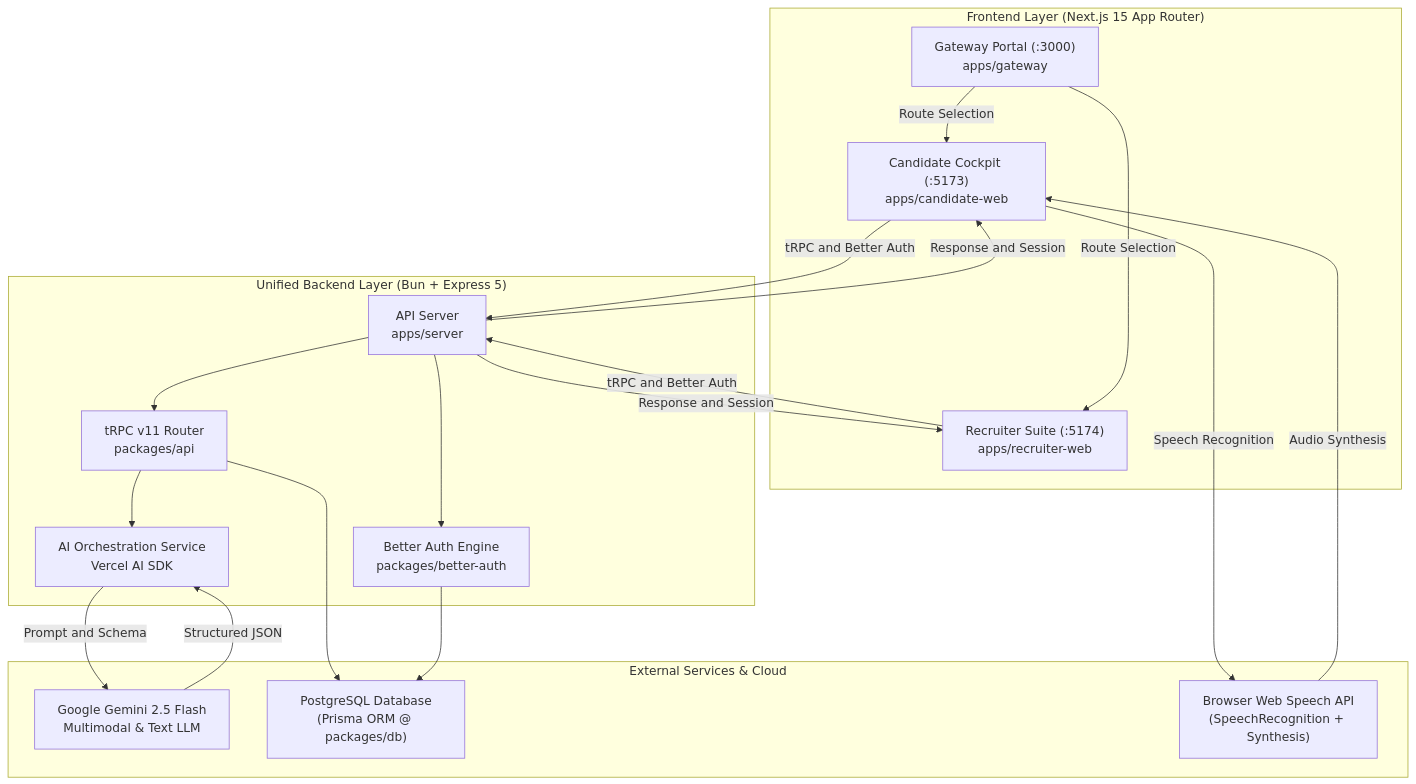
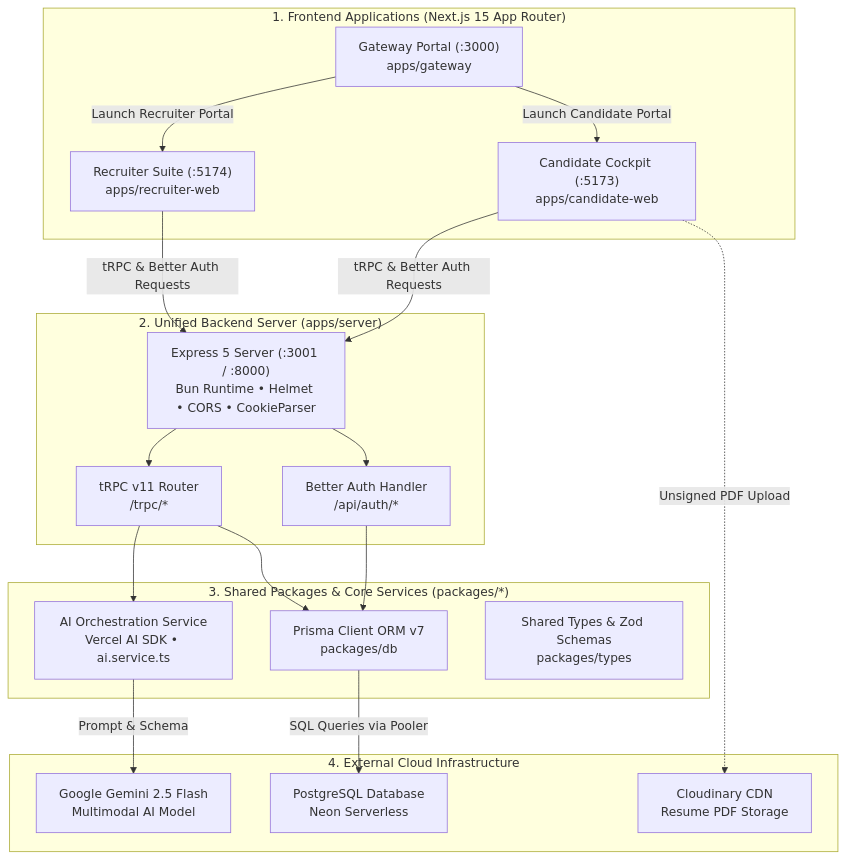
Before and after one commit to Suyog241005/interview.ai: the diagram in docs/architecture.md, drawn with Mermaid. The commit also changed 2 other files, not shown here.

Commit message:
style(docs): optimize Mermaid diagram layouts and arrow flows for clean GitHub rendering

````diff
--- a/docs/architecture.md
+++ b/docs/architecture.md
@@ -7,40 +7,44 @@
 ```mermaid
-flowchart TB
-    subgraph Clients["Frontend Layer (Next.js 15 App Router)"]
+flowchart TD
+    subgraph Tier1["1. Frontend Applications (Next.js 15 App Router)"]
         GW["Gateway Portal (:3000)<br/>apps/gateway"]
         CW["Candidate Cockpit (:5173)<br/>apps/candidate-web"]
         RW["Recruiter Suite (:5174)<br/>apps/recruiter-web"]
     end
 
-    subgraph Backend["Unified Backend Layer (Bun + Express 5)"]
-        SRV["API Server<br/>apps/server"]
-        AUTH["Better Auth Engine<br/>packages/better-auth"]
-        TRPC["tRPC v11 Router<br/>packages/api"]
-        AISVC["AI Orchestration Service<br/>Vercel AI SDK"]
+    subgraph Tier2["2. Unified Backend Server (apps/server)"]
+        SRV["Express 5 Server (:3001 / :8000)<br/>Bun Runtime • Helmet • CORS • CookieParser"]
+        AUTH["Better Auth Handler<br/>/api/auth/*"]
+        TRPC["tRPC v11 Router<br/>/trpc/*"]
     end
 
-    subgraph External["External Services & Cloud"]
-        GEMINI["Google Gemini 2.5 Flash<br/>Multimodal & Text LLM"]
-        PG["PostgreSQL Database<br/>(Prisma ORM @ packages/db)"]
-        SPEECH["Browser Web Speech API<br/>(SpeechRecognition + Synthesis)"]
+    subgraph Tier3["3. Shared Packages & Core Services (packages/*)"]
+        AISVC["AI Orchestration Service<br/>Vercel AI SDK • ai.service.ts"]
+        PRISMA["Prisma Client ORM v7<br/>packages/db"]
+        TYPES["Shared Types & Zod Schemas<br/>packages/types"]
     end
 
-    GW -->|Route Selection| CW
-    GW -->|Route Selection| RW
+    subgraph Tier4["4. External Cloud Infrastructure"]
+        GEMINI["Google Gemini 2.5 Flash<br/>Multimodal AI Model"]
+        POSTGRES["PostgreSQL Database<br/>Neon Serverless"]
+        CLOUDINARY["Cloudinary CDN<br/>Resume PDF Storage"]
+    end
 
-    CW -->|tRPC and Better Auth| SRV
-    SRV -->|Response and Session| CW
-    RW -->|tRPC and Better Auth| SRV
-    SRV -->|Response and Session| RW
+    GW -->|Launch Candidate Portal| CW
+    GW -->|Launch Recruiter Portal| RW
 
-    CW -->|Speech Recognition| SPEECH
-    SPEECH -->|Audio Synthesis| CW
+    CW -->|tRPC & Better Auth Requests| SRV
+    RW -->|tRPC & Better Auth Requests| SRV
+
+    CW -.->|Unsigned PDF Upload| CLOUDINARY
 
     SRV --> AUTH
     SRV --> TRPC
+
+    AUTH --> PRISMA
     TRPC --> AISVC
-    TRPC --> PG
-    AUTH --> PG
-    AISVC -->|Prompt and Schema| GEMINI
-    GEMINI -->|Structured JSON| AISVC
+    TRPC --> PRISMA
+
+    AISVC -->|Prompt & Schema| GEMINI
+    PRISMA -->|SQL Queries via Pooler| POSTGRES
 ```
````
